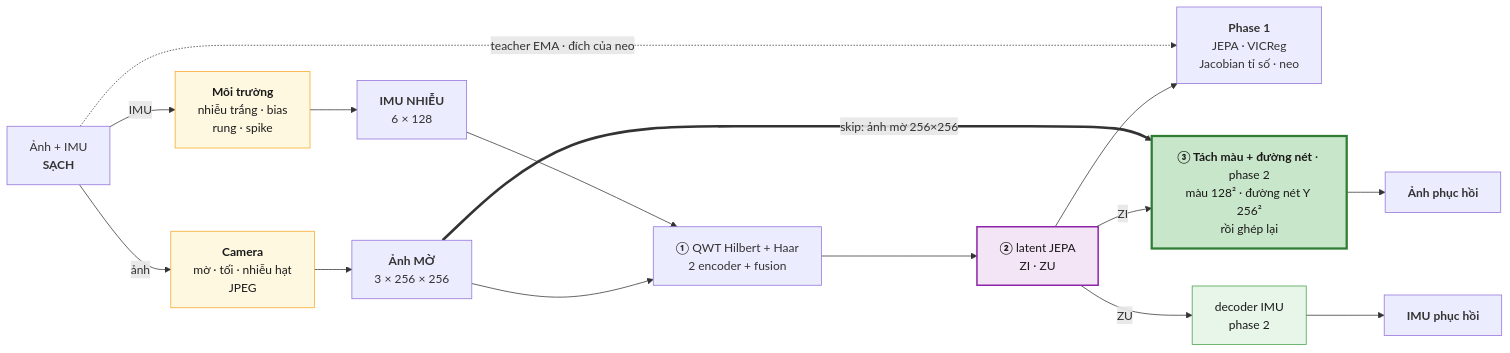
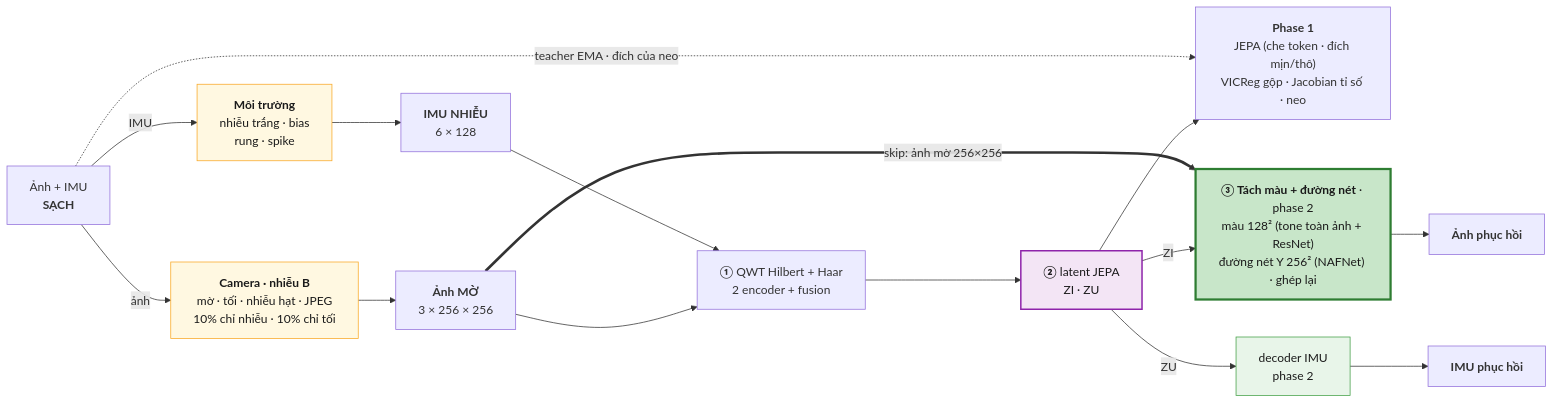
Before and after one commit to leesanghyoek/qwt_jepa_ver5: the first of 5 diagrams in README.md, drawn with Mermaid. The commit also changed other lines of this file and 4 other files, not shown here.

First line of the commit message:
Bring the architecture docs and the notebook figure up to the p14 recipe

````diff
--- a/README.md
+++ b/README.md
@@ -278,33 +278,33 @@
 ```mermaid
 flowchart LR
     CL["Ảnh + IMU<br/><b>SẠCH</b>"]
-    CAM["<b>Camera</b><br/>mờ · tối · nhiễu hạt<br/>JPEG"]
+    CAM["<b>Camera · nhiễu B</b><br/>mờ · tối · nhiễu hạt · JPEG<br/>10% chỉ nhiễu · 10% chỉ tối"]
     ENV["<b>Môi trường</b><br/>nhiễu trắng · bias<br/>rung · spike"]
     XB["<b>Ảnh MỜ</b><br/>3 × 256 × 256"]
     UN["<b>IMU NHIỄU</b><br/>6 × 128"]
     BB["<b>①</b> QWT Hilbert + Haar<br/>2 encoder + fusion"]
     Z["<b>②</b> latent JEPA<br/>ZI · ZU"]
-    L1["<b>Phase 1</b><br/>JEPA · VICReg<br/>Jacobian tỉ số · neo"]
-    RN["<b>③ Tách màu + đường nét</b> · phase 2<br/>màu 128² · đường nét Y 256²<br/>rồi ghép lại"]
+    L1["<b>Phase 1</b><br/>JEPA (che token · đích mịn/thô)<br/>VICReg gộp · Jacobian tỉ số · neo"]
+    RN["<b>③ Tách màu + đường nét</b> · phase 2<br/>màu 128² (tone toàn ảnh + ResNet)<br/>đường nét Y 256² (NAFNet) · ghép lại"]
     DU["decoder IMU<br/>phase 2"]
     RI["<b>Ảnh phục hồi</b>"]
     RU["<b>IMU phục hồi</b>"]
     CL -- ảnh --> CAM --> XB
     CL -- IMU --> ENV --> UN
     XB --> BB
     UN --> BB
     BB --> Z --> L1
     Z -- ZI --> RN
     XB == "skip: ảnh mờ 256×256" ==> RN
     RN --> RI
     Z -- ZU --> DU --> RU
     CL -. "teacher EMA · đích của neo" .-> L1
     classDef d fill:#e8f5e9,stroke:#43a047,color:#1a1a1a
     classDef c fill:#fff8e1,stroke:#f9a825,color:#1a1a1a
     classDef l fill:#f3e5f5,stroke:#8e24aa,stroke-width:2px,color:#1a1a1a
     classDef r fill:#c8e6c9,stroke:#2e7d32,stroke-width:3px,color:#1a1a1a
     class CAM,ENV c
     class Z l
     class RN r
     class DU d
 ```
````
